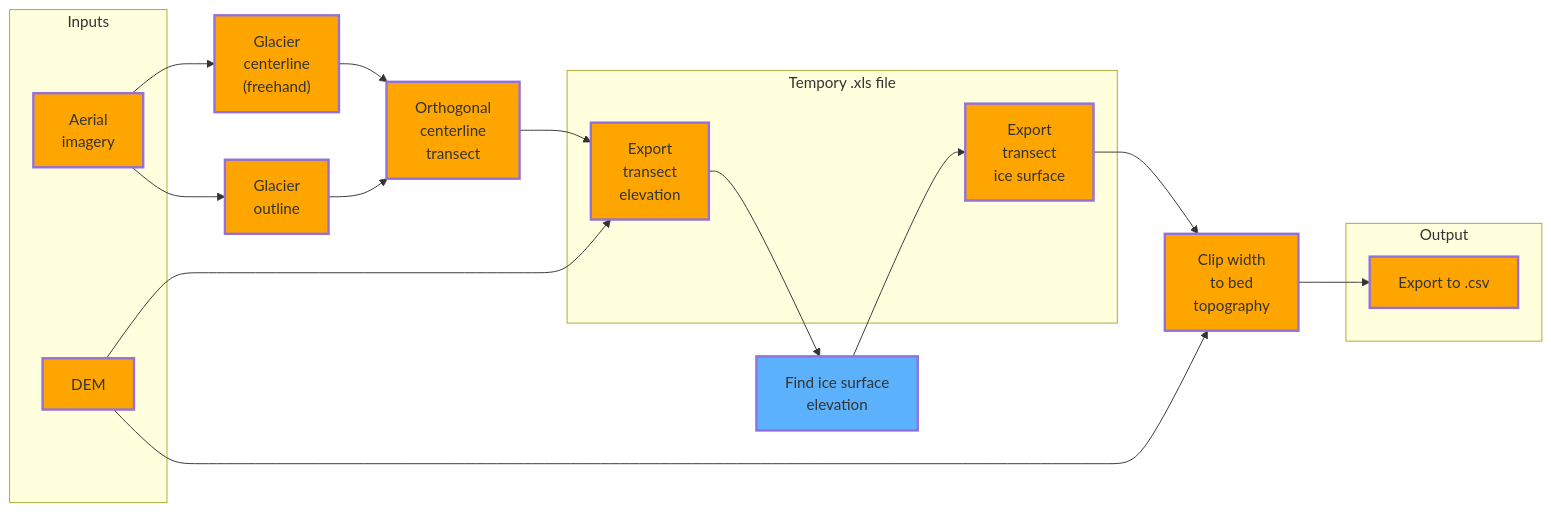
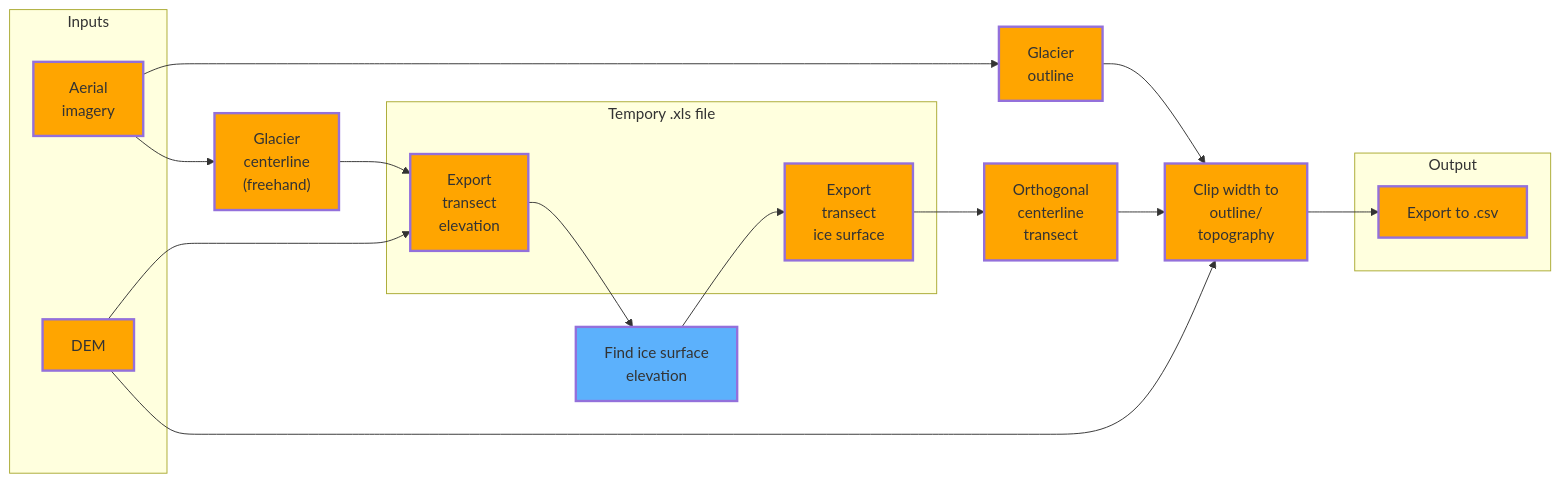
The second of 2 diagrams in Docs/Figures/mermaid-figs.md (durbank/ELA-model), drawn with Mermaid before and after one commit. The commit also changed other lines of this file and 4 other files, not shown here.

````diff
--- a/Docs/Figures/mermaid-figs.md
+++ b/Docs/Figures/mermaid-figs.md
@@ -56,33 +57,33 @@
 ```mermaid
 graph LR
     subgraph Inputs
         iA[Aerial <br>imagery]
         iB[DEM]
     end
     A["Glacier <br>centerline <br>(freehand)"]
     B[Glacier <br>outline]
-    C[Orthogonal <br> centerline <br>transect]
     iA --> A
     iA --> B
-    A --> C
-    B --> C
+    A --> tA
     subgraph Tempory .xls file
         tA[Export <br>transect <br>elevation]
         tB[Export <br>transect <br>ice surface]
     end
-    C --> tA
     iB --> tA
     D["Find ice surface <br>elevation"]
     tA --> D
     D --> tB
-    tB --> E[Clip width <br>to bed <br>topography]
+    C[Orthogonal <br> centerline <br>transect]
+    tB --> C
+    B --> E[Clip width to <br>outline/<br>topography]
+    C --> E
     iB --> E
     subgraph Output
         oA[Export to .csv]
     end
     E --> oA
 
 classDef default fill:orange,stroke-width:2.5px
 classDef matlab fill:#5cb1fc, stroke-width:2.5px
 class D matlab
 ```
````
